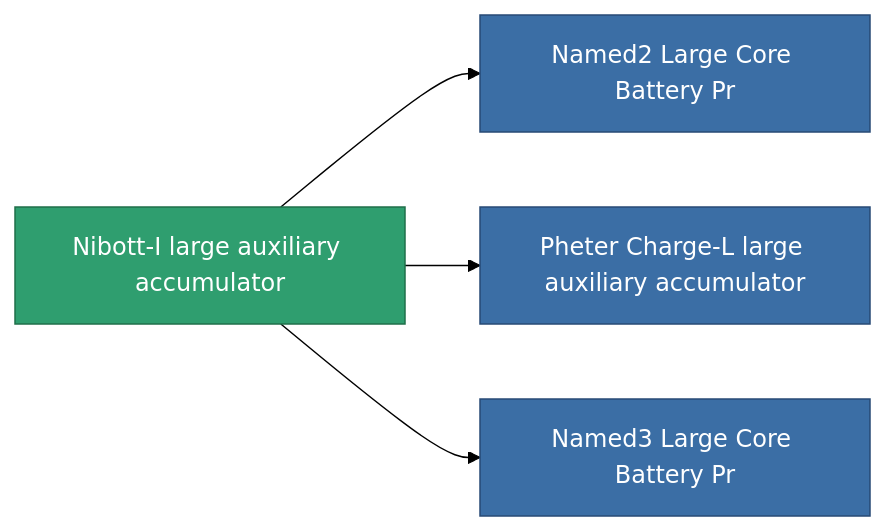
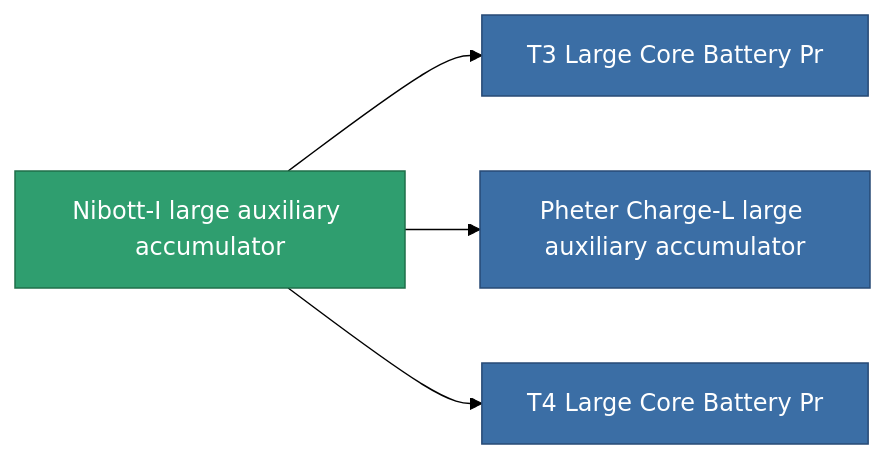
Before and after one commit to OpenPerpetuum/Wiki: the diagram in content/content/items/named2_large_core_battery.md, drawn with Mermaid (forest theme). The commit also changed other lines of this file and 4904 other files, not shown here.

````diff
--- a/content/content/items/named2_large_core_battery.md
+++ b/content/content/items/named2_large_core_battery.md
@@ -65,16 +47,16 @@
 ```mermaid
 graph LR
     a["Nibott-I large auxiliary accumulator"]:::current
-    b["Named2 Large Core Battery Pr"]:::prod
+    b["T3 Large Core Battery Pr"]:::prod
     a --> b
-    click b "/content/items/named2-large-core-battery-pr/" "Named2 Large Core Battery Pr"
+    click b "/content/items/named2-large-core-battery-pr/" "T3 Large Core Battery Pr"
     c["Pheter Charge-L large auxiliary accumulator"]:::prod
     a --> c
     click c "/content/items/named3-large-core-battery/" "Pheter Charge-L large auxiliary accumulator"
-    d["Named3 Large Core Battery Pr"]:::prod
+    d["T4 Large Core Battery Pr"]:::prod
     a --> d
-    click d "/content/items/named3-large-core-battery-pr/" "Named3 Large Core Battery Pr"
+    click d "/content/items/named3-large-core-battery-pr/" "T4 Large Core Battery Pr"
     classDef current fill:#2f9e6f,stroke:#1f6f4a,color:#ffffff
     classDef prod fill:#3b6ea5,stroke:#274a75,color:#ffffff
     classDef more fill:#39445a,stroke:#54658a,color:#d5dbe8
 ```
````
